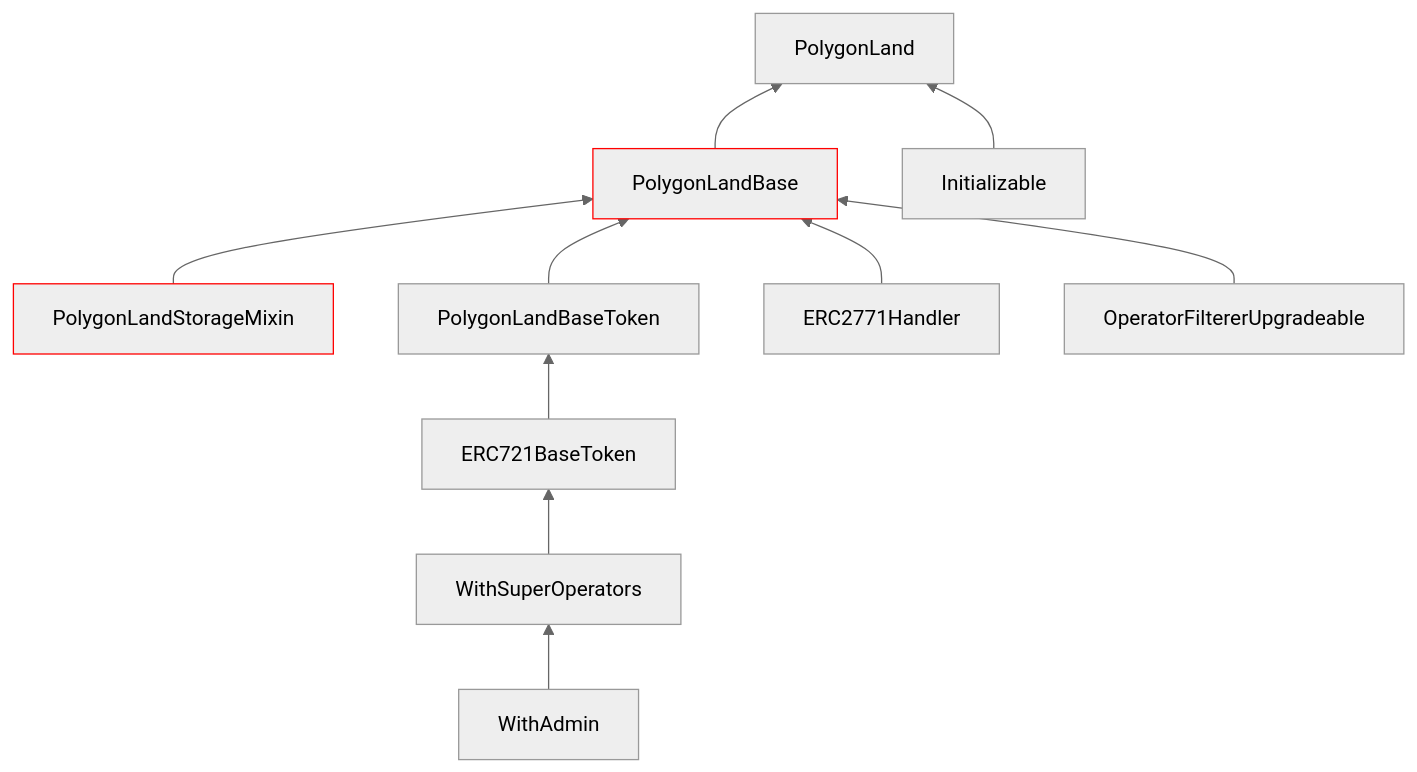
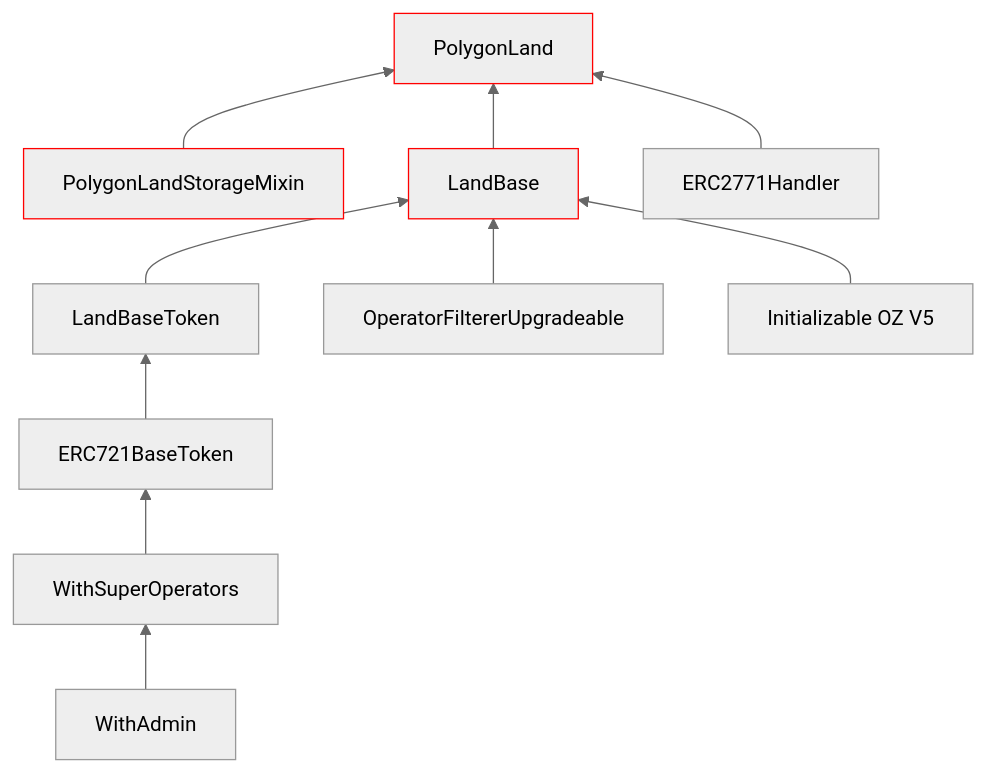
The fourth of 4 diagrams in packages/land/contracts/LandUpgrade.md (thesandboxgame/sandbox-smart-contracts), drawn with Mermaid (neutral theme) before and after one commit. The commit also changed other lines of this file, not shown here.

Commit message:
doc: fix inheritance graph

````diff
--- a/packages/land/contracts/LandUpgrade.md
+++ b/packages/land/contracts/LandUpgrade.md
@@ -85,13 +84,14 @@
 ```mermaid
 flowchart BT;
-    PolygonLandBase:::foo-->PolygonLand;
-    Initializable-->PolygonLand;
-    PolygonLandStorageMixin:::foo-->PolygonLandBase;
-    PolygonLandBaseToken-->PolygonLandBase;
-    ERC2771Handler-->PolygonLandBase;
-    OperatorFiltererUpgradeable-->PolygonLandBase;
-    ERC721BaseToken-->PolygonLandBaseToken;
+    PolygonLandStorageMixin:::foo-->PolygonLand:::foo;
+    LandBase-->PolygonLand;
+    ERC2771Handler-->PolygonLand;
+
+    LandBaseToken-->LandBase:::foo;
+    OperatorFiltererUpgradeable-->LandBase;
+    Initializable[Initializable OZ V5]-->LandBase;
+    ERC721BaseToken-->LandBaseToken;
     WithSuperOperators-->ERC721BaseToken;
     WithAdmin-->WithSuperOperators;
     classDef foo stroke:#f00
 ```
````
